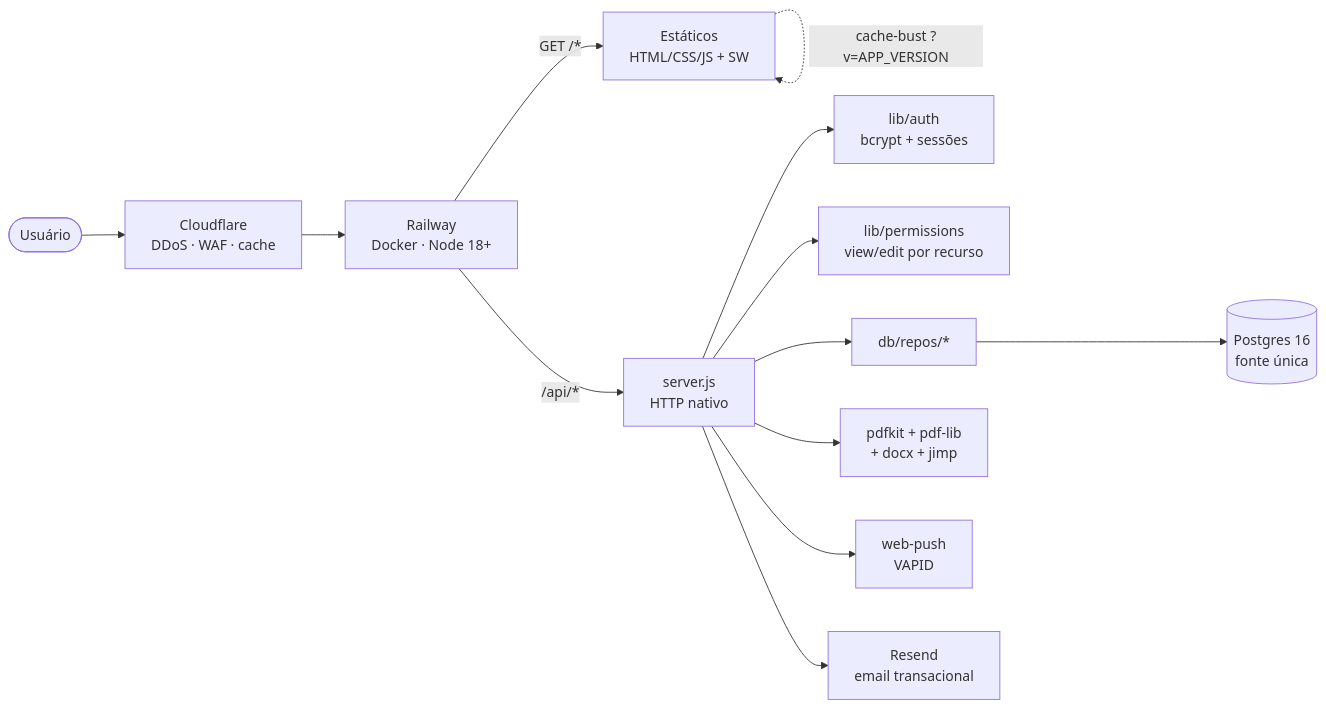
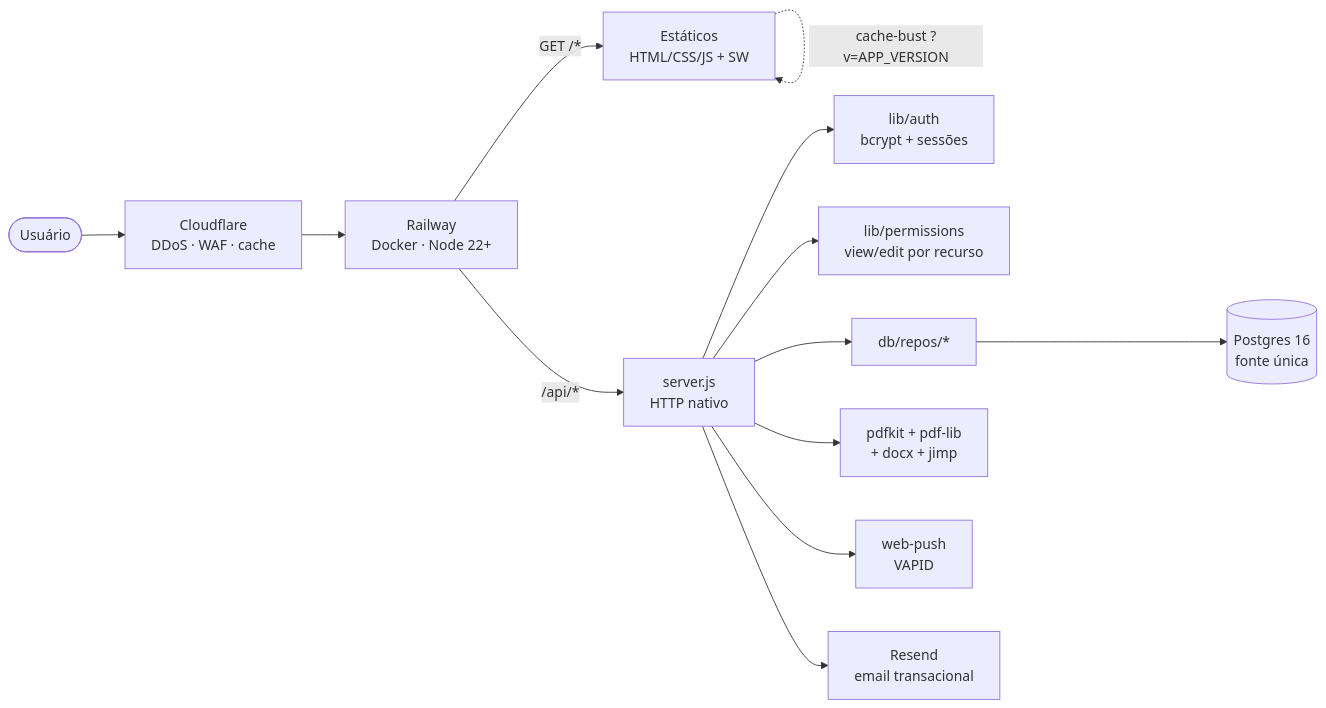
Before and after one commit to honorist/Rhino: the first of 4 diagrams in README.md, drawn with Mermaid. The commit also changed other lines of this file and 10 other files, not shown here.

````diff
--- a/README.md
+++ b/README.md
@@ -14,15 +14,15 @@
 ```mermaid
 flowchart LR
     user([Usuário]) --> cf[Cloudflare<br/>DDoS · WAF · cache]
-    cf --> rw[Railway<br/>Docker · Node 18+]
+    cf --> rw[Railway<br/>Docker · Node 22+]
     rw -->|"GET /*"| static[Estáticos<br/>HTML/CSS/JS + SW]
     rw -->|"/api/*"| api[server.js<br/>HTTP nativo]
     api --> auth[lib/auth<br/>bcrypt + sessões]
     api --> perms[lib/permissions<br/>view/edit por recurso]
     api --> repos[db/repos/*]
     repos --> pg[(Postgres 16<br/>fonte única)]
     api --> pdf[pdfkit + pdf-lib<br/>+ docx + jimp]
     api --> push[web-push<br/>VAPID]
     api --> mail[Resend<br/>email transacional]
     static -. cache-bust ?v=APP_VERSION .-> static
 ```
````
